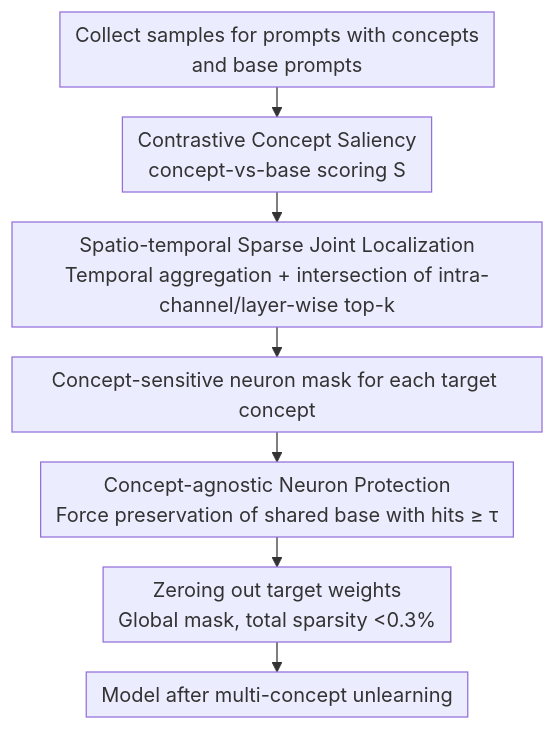
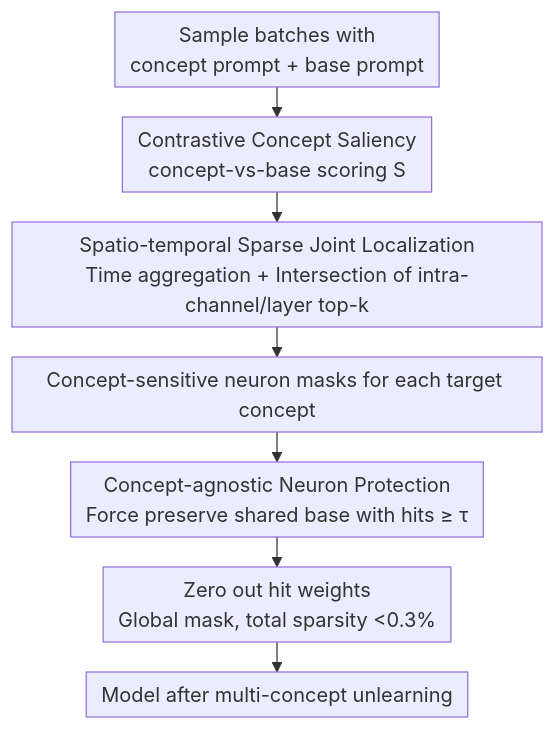
The diagram in docs/ICML2026/image_generation/forget-it-all_multi-concept_machine_unlearning_via_concept-aware_neuron_masking.md (zhaoyang97/Paper-Notes-en), drawn with Mermaid before and after one commit. The commit also changed other lines of this file and 5084 other files, not shown here.

````diff
--- a/docs/ICML2026/image_generation/forget-it-all_multi-concept_machine_unlearning_via_concept-aware_neuron_masking.md
+++ b/docs/ICML2026/image_generation/forget-it-all_multi-concept_machine_unlearning_via_concept-aware_neuron_masking.md
@@ -42,10 +42,10 @@
 ```mermaid
 %%{init: {'flowchart': {'rankSpacing': 24, 'nodeSpacing': 28, 'padding': 6, 'wrappingWidth': 400}}}%%
 flowchart TD
-    A["Collect samples for prompts with concepts<br/>and base prompts"] --> B["Contrastive Concept Saliency<br/>concept-vs-base scoring S"]
-    B --> C["Spatio-temporal Sparse Joint Localization<br/>Temporal aggregation + intersection of intra-channel/layer-wise top-k"]
-    C --> D["Concept-sensitive neuron mask for each target concept"]
-    D --> E["Concept-agnostic Neuron Protection<br/>Force preservation of shared base with hits ≥ τ"]
-    E --> F["Zeroing out target weights<br/>Global mask, total sparsity <0.3%"]
+    A["Sample batches with<br/>concept prompt + base prompt"] --> B["Contrastive Concept Saliency<br/>concept-vs-base scoring S"]
+    B --> C["Spatio-temporal Sparse Joint Localization<br/>Time aggregation + Intersection of intra-channel/layer top-k"]
+    C --> D["Concept-sensitive neuron masks for each target concept"]
+    D --> E["Concept-agnostic Neuron Protection<br/>Force preserve shared base with hits ≥ τ"]
+    E --> F["Zero out hit weights<br/>Global mask, total sparsity <0.3%"]
     F --> G["Model after multi-concept unlearning"]
 ```
````
